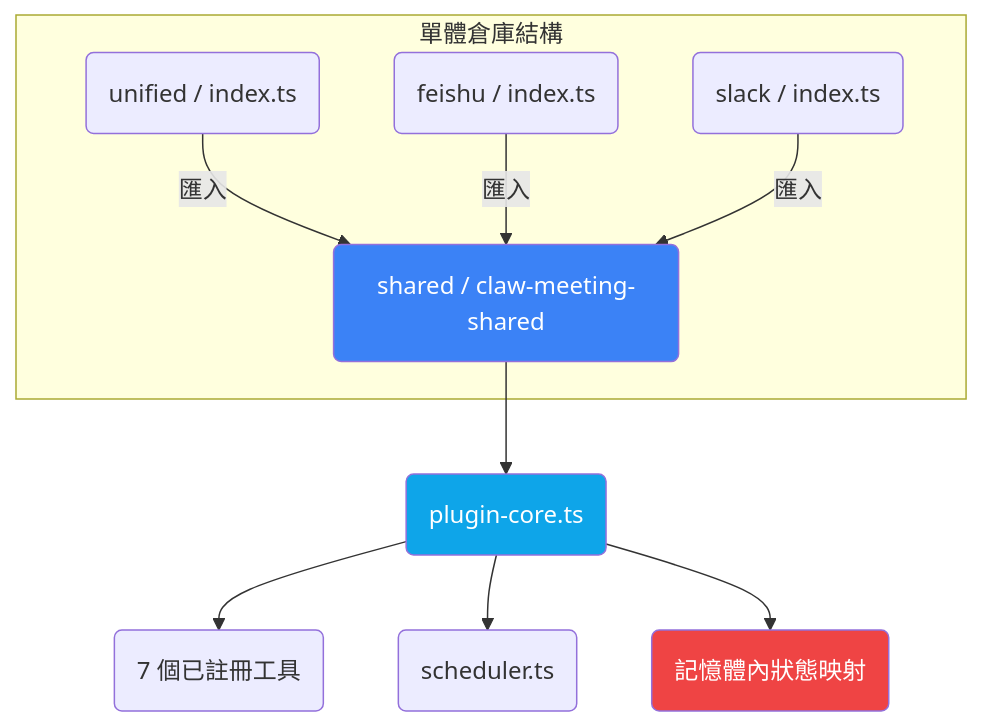
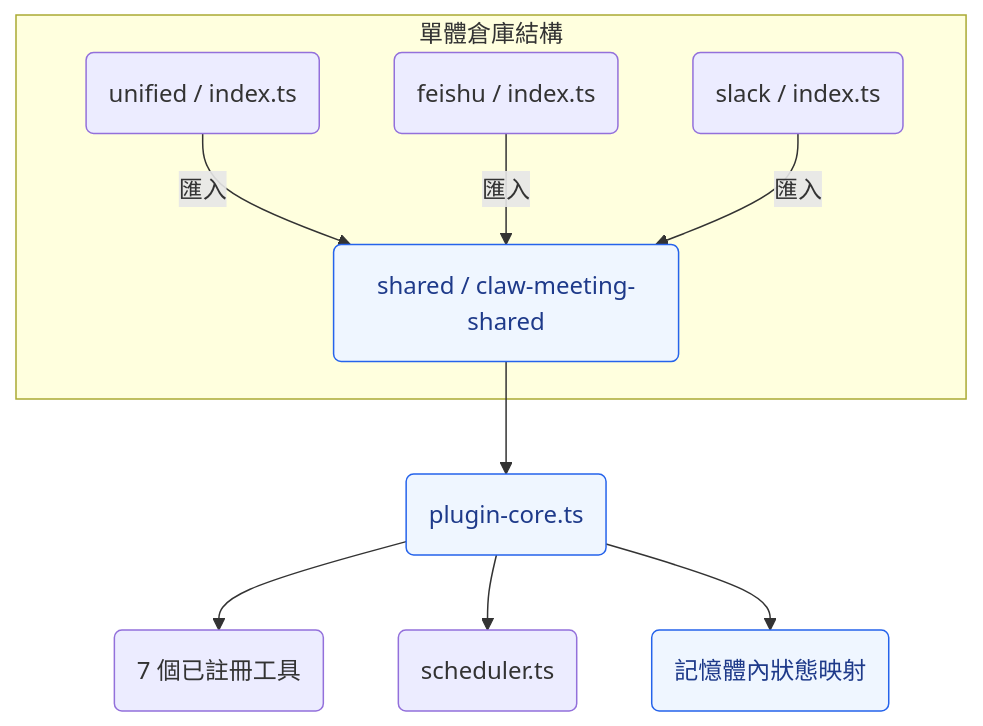
Before and after one commit to javana3/claw_meeting_all: the first of 13 diagrams in README.zh-TW.md, drawn with Mermaid. The commit also changed other lines of this file and 3 other files, not shown here.

````diff
--- a/README.zh-TW.md
+++ b/README.zh-TW.md
@@ -31,22 +31,22 @@
 ```mermaid
 graph TD
     subgraph "單體倉庫結構"
         SHARED(shared / claw-meeting-shared)
         UNI(unified / index.ts)
         FEI(feishu / index.ts)
         SLK(slack / index.ts)
     end
 
     UNI -->|匯入| SHARED
     FEI -->|匯入| SHARED
     SLK -->|匯入| SHARED
 
     SHARED --> CORE(plugin-core.ts)
     CORE --> TOOLS(7 個已註冊工具)
     CORE --> SCHED(scheduler.ts)
     CORE --> STATE(記憶體內狀態映射)
 
-    style SHARED fill:#3b82f6,color:#fff
-    style CORE fill:#0ea5e9,color:#fff
-    style STATE fill:#ef4444,color:#fff
+    style SHARED fill:#eff6ff,stroke:#2563eb,color:#1e3a8a
+    style CORE fill:#eff6ff,stroke:#2563eb,color:#1e3a8a
+    style STATE fill:#eff6ff,stroke:#2563eb,color:#1e3a8a
 ```
````
